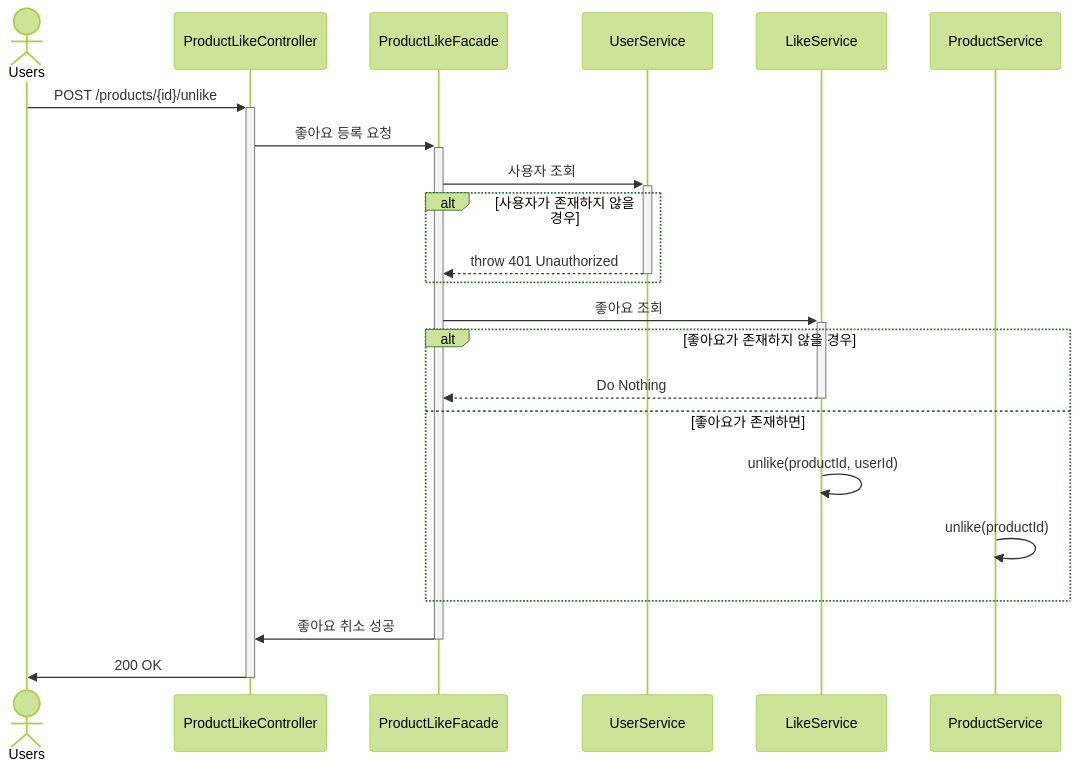
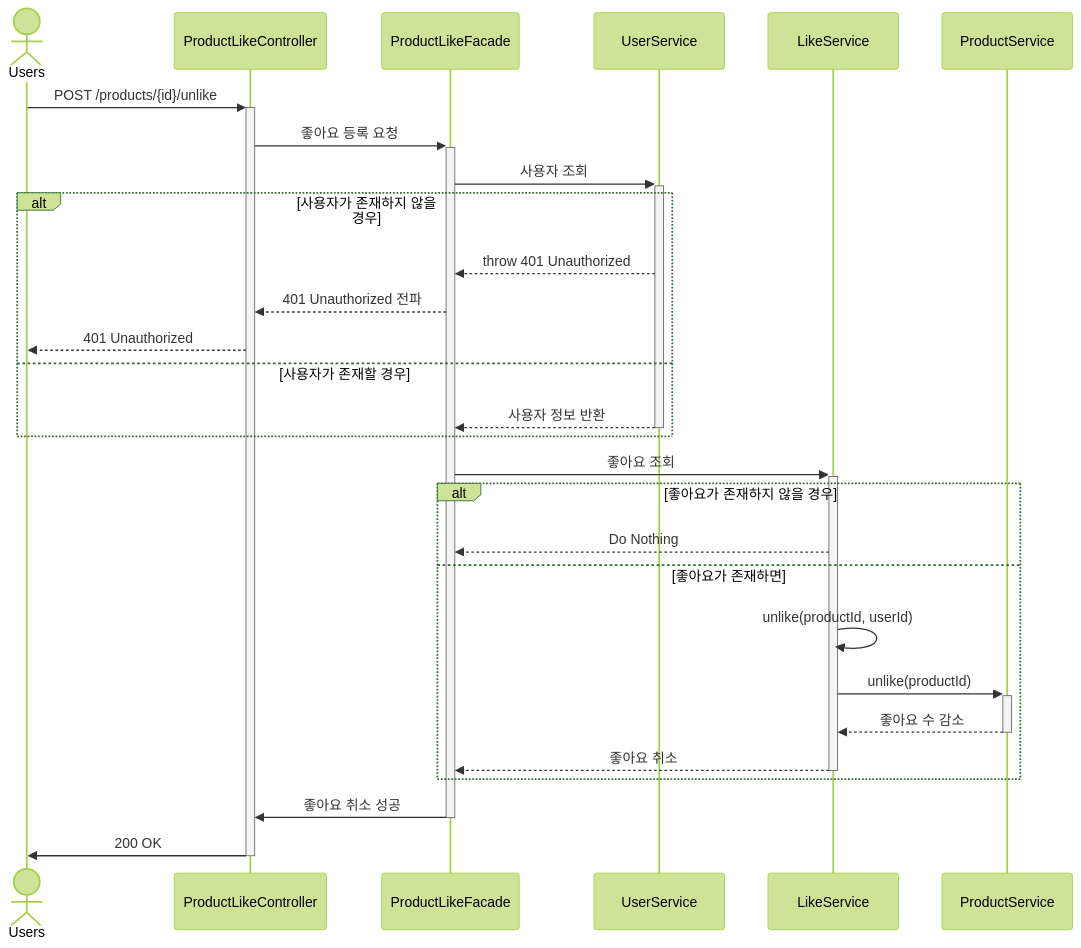
Before and after one commit to o3ozzvb/kotlin-ecommerce: the second of 4 diagrams in docs/design/02-sequence-diagrams.md, drawn with Mermaid (forest theme). The commit also changed other lines of this file, not shown here.

Commit message:
docs: 시퀀스다이어그램 수정  - activation bar 보정

````diff
--- a/docs/design/02-sequence-diagrams.md
+++ b/docs/design/02-sequence-diagrams.md
@@ -31,26 +39,32 @@
 ```mermaid
 sequenceDiagram
     actor Users
     participant PLC as ProductLikeController
     participant PLF as ProductLikeFacade
     participant US as UserService
     participant LS as LikeService
     participant PS as ProductService
 
     Users->>+PLC: POST /products/{id}/unlike
     PLC->>+PLF: 좋아요 등록 요청
     PLF->>+US: 사용자 조회
     alt 사용자가 존재하지 않을 경우
-        US-->>-PLF: throw 401 Unauthorized
+        US-->>PLF: throw 401 Unauthorized
+        PLF-->>PLC: 401 Unauthorized 전파
+        PLC-->>Users: 401 Unauthorized
+    else 사용자가 존재할 경우
+        US-->>-PLF: 사용자 정보 반환
     end
 
     PLF->>+LS: 좋아요 조회
     alt 좋아요가 존재하지 않을 경우
-        LS-->>-PLF: Do Nothing
+        LS-->>PLF: Do Nothing
     else 좋아요가 존재하면
         LS->>LS: unlike(productId, userId)
-        PS->>PS: unlike(productId)
+        LS->>+PS: unlike(productId)
+        PS-->>-LS: 좋아요 수 감소
+        LS-->>-PLF: 좋아요 취소
     end
     PLF->>-PLC: 좋아요 취소 성공
     PLC->>-Users: 200 OK
 ```
````
